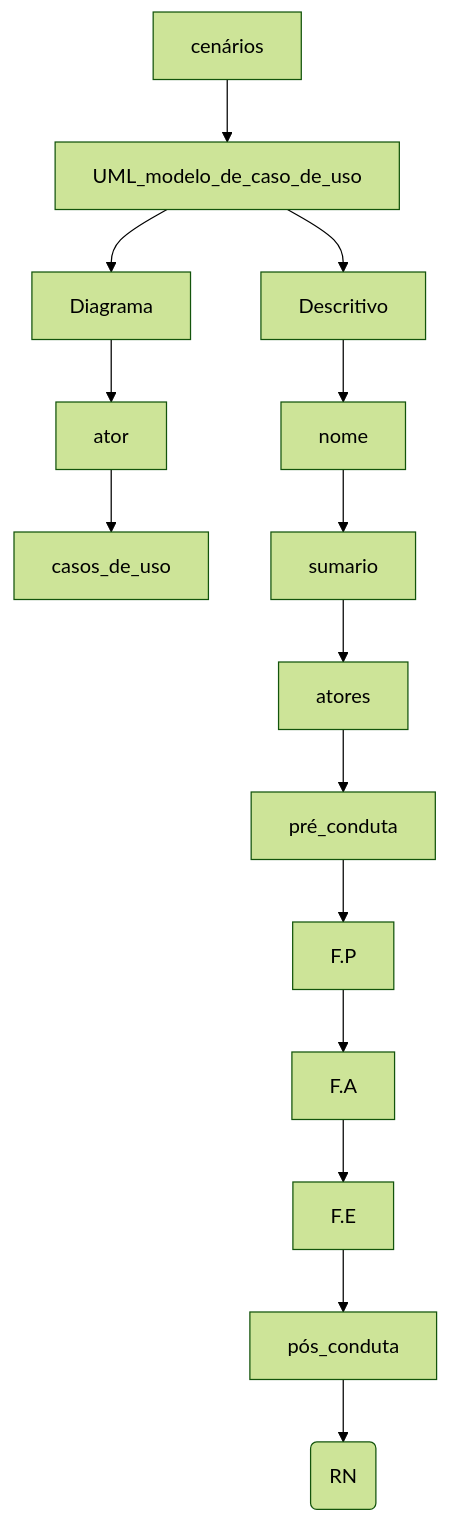
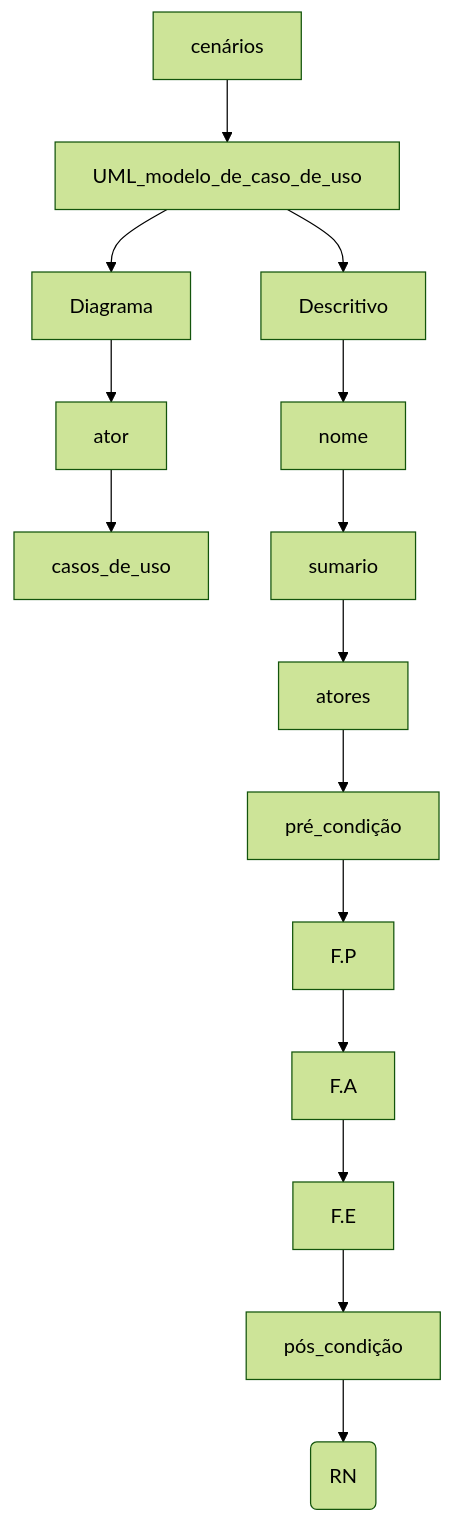
The second of 2 diagrams in Engenharia e Requisitos de Software/aula_08 09.04 - modelos_de_caso_de_uso.md (vanessacezarn/3_Semestre), drawn with Mermaid (forest theme) before and after one commit. The commit also changed other lines of this file, not shown here.

````diff
--- a/Engenharia e Requisitos de Software/aula_08 09.04 - modelos_de_caso_de_uso.md
+++ b/Engenharia e Requisitos de Software/aula_08 09.04 - modelos_de_caso_de_uso.md
@@ -66,18 +66,18 @@
 ```mermaid
 graph TD;
 cenários --> UML_modelo_de_caso_de_uso;
 UML_modelo_de_caso_de_uso --> Diagrama;
 Diagrama --> ator;
 ator --> casos_de_uso;
 UML_modelo_de_caso_de_uso --> Descritivo;
 Descritivo --> nome;
 nome--> sumario;
 sumario --> atores;
-atores --> pré_conduta;
-pré_conduta --> F.P;
+atores --> pré_condição;
+pré_condição --> F.P;
 F.P --> F.A;
 F.A --> F.E;
-F.E --> pós_conduta;
-pós_conduta --> Regra_de_Negocio(RN);
+F.E --> pós_condição;
+pós_condição --> Regra_de_Negocio(RN);
 
 ```
````
